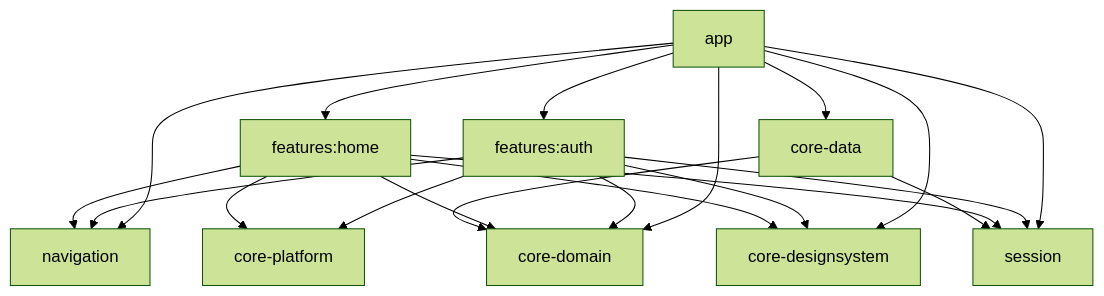
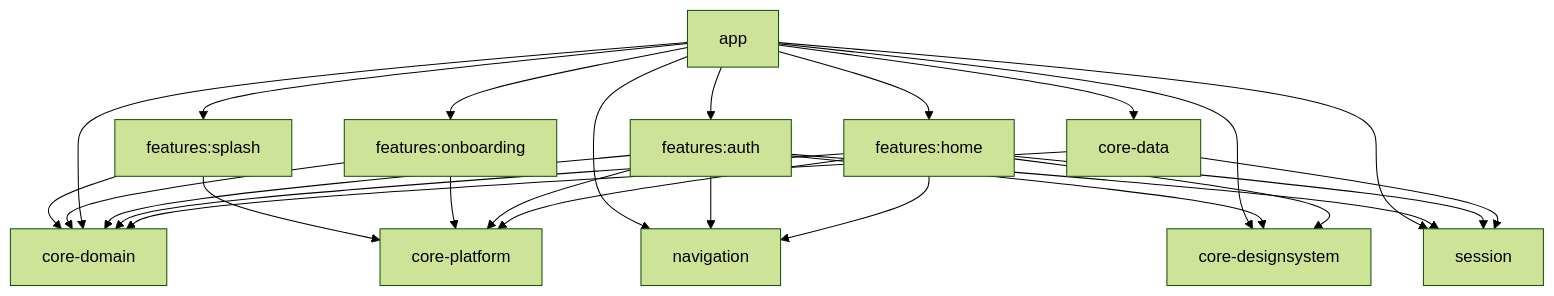
Before and after one commit to PaulGuillen/PagoControl: the diagram in docs/ARCHITECTURE.md, drawn with Mermaid (forest theme). The commit also changed other lines of this file and 11 other files, not shown here.

First line of the commit message:
docs(architecture): document entry modules routing and Kotlin conventions

````diff
--- a/docs/ARCHITECTURE.md
+++ b/docs/ARCHITECTURE.md
@@ -26,22 +28,28 @@
 ```mermaid
 graph TD
+    app --> splash[features:splash]
+    app --> onboarding[features:onboarding]
+    splash --> domain
+    onboarding --> domain
+    splash --> platform
+    onboarding --> platform
     app --> auth[features:auth]
     app --> home[features:home]
     app --> data[core-data]
     app --> navigation[navigation]
     app --> design[core-designsystem]
     app --> domain[core-domain]
     app --> session[session]
     auth --> domain
     auth --> navigation
     auth --> design
     auth --> session
     auth --> platform[core-platform]
     home --> domain
     home --> navigation
     home --> design
     home --> session
     home --> platform
     data --> domain
     data --> session
 ```
````
